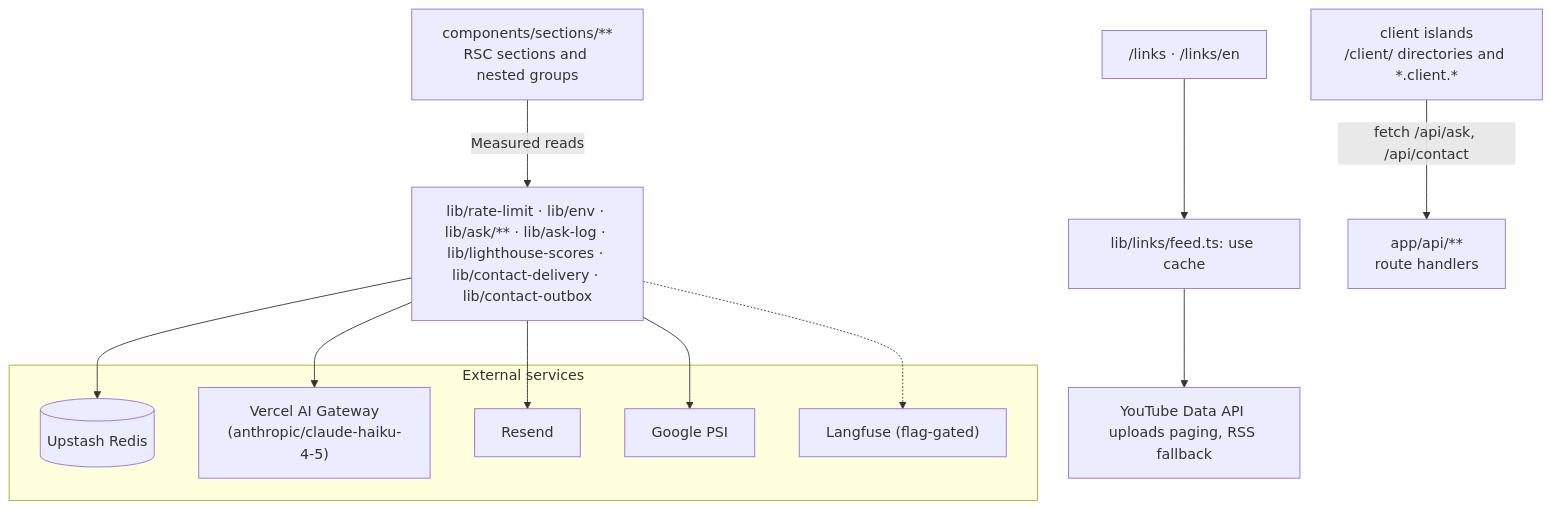
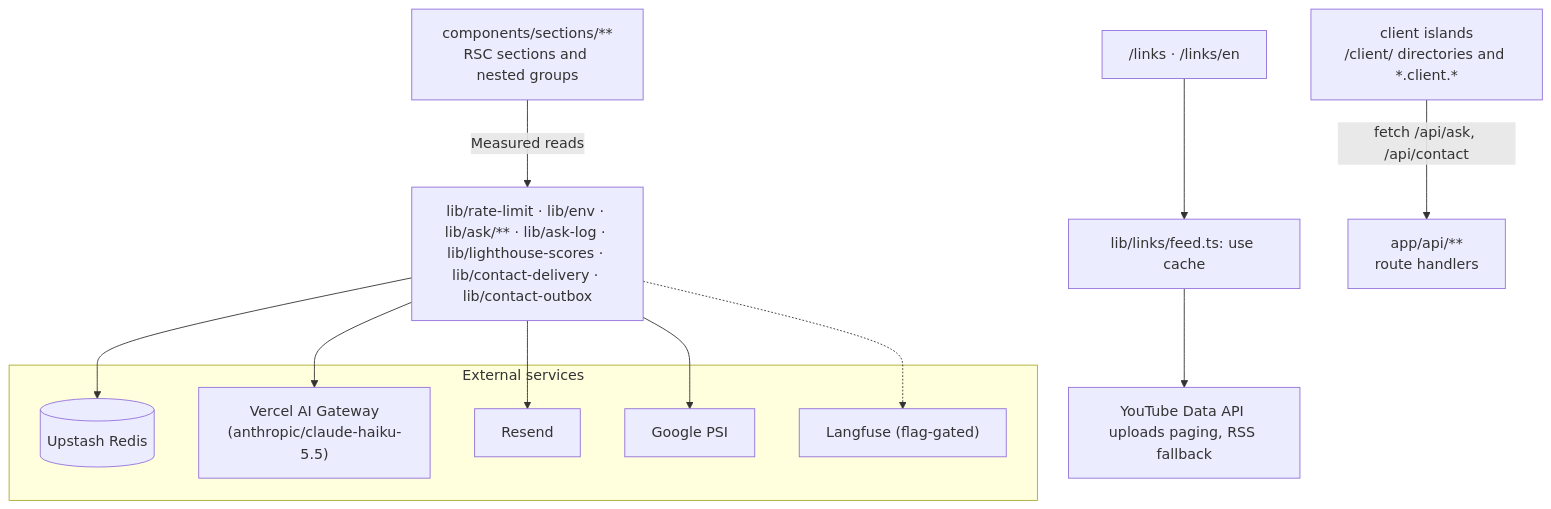
Before and after one commit to erikunha/portfolio: the third of 7 diagrams in docs/01-architecture.md, drawn with Mermaid. The commit also changed 36 other files, not shown here.

First line of the commit message:
feat(ask): switch /api/ask to Claude Haiku 5.5 (#417)

````diff
--- a/docs/01-architecture.md
+++ b/docs/01-architecture.md
@@ -59,20 +59,20 @@
 ```mermaid
 flowchart TB
     libcore["lib/rate-limit · lib/env · lib/ask/** · lib/ask-log · lib/lighthouse-scores · lib/contact-delivery · lib/contact-outbox"]
     subgraph ext["External services"]
         redis[("Upstash Redis")]
-        gw["Vercel AI Gateway<br/>(anthropic/claude-haiku-4-5)"]
+        gw["Vercel AI Gateway<br/>(anthropic/claude-haiku-5.5)"]
         resend["Resend"]
         psi["Google PSI"]
         lf["Langfuse (flag-gated)"]
     end
     links["/links · /links/en"] --> feed["lib/links/feed.ts: use cache"]
     feed --> yt["YouTube Data API uploads paging, RSS fallback"]
     libcore --> redis
     libcore --> gw
     libcore --> resend
     libcore --> psi
     libcore -.-> lf
     islands["client islands<br/>/client/ directories and *.client.*"] -->|fetch /api/ask, /api/contact| api["app/api/**<br/>route handlers"]
     sections["components/sections/**<br/>RSC sections and nested groups"] -->|Measured reads| libcore
 ```
````
